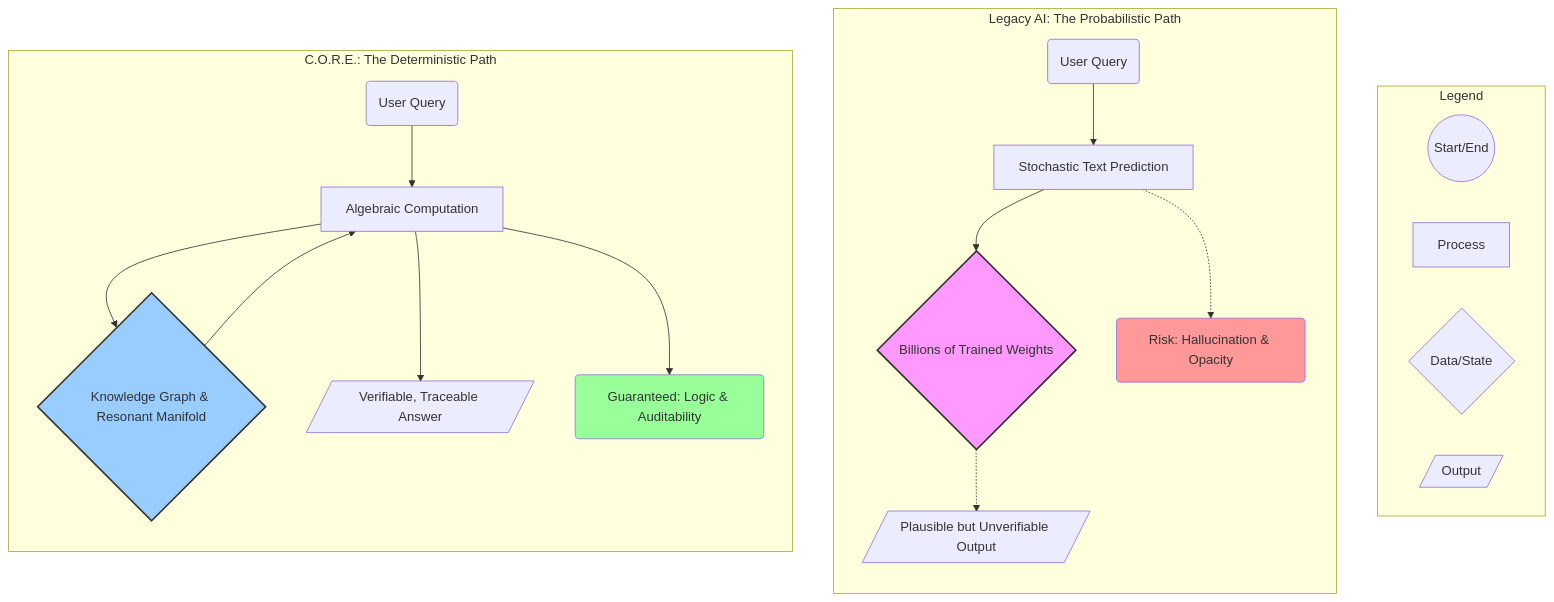
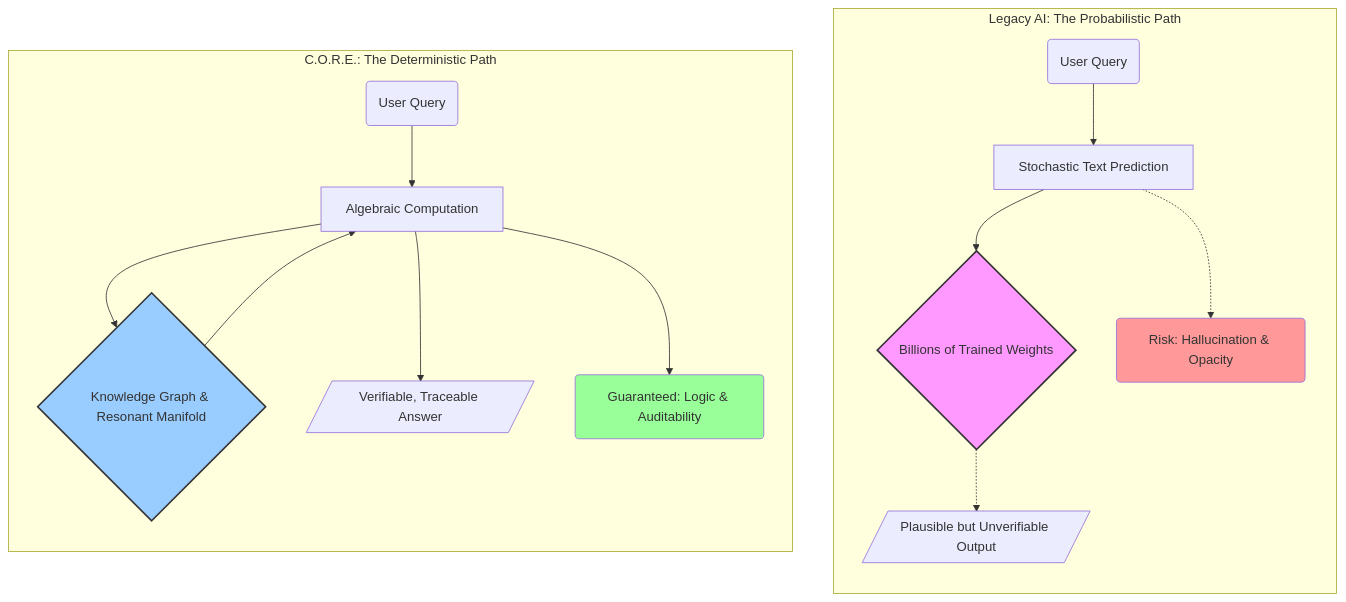
The diagram in README.md (Aethelred-dev/c.o.r.e), drawn with Mermaid before and after one commit. The commit also changed other lines of this file, not shown here.

````diff
--- a/README.md
+++ b/README.md
@@ -27,31 +27,23 @@
 ```mermaid
 graph TD
-    subgraph Legend
-        direction LR
-        A((Start/End))
-        B[Process]
-        C{Data/State}
-        D[/Output/]
-    end
-
-    subgraph Legacy AI: The Probabilistic Path
+    subgraph "Legacy AI: The Probabilistic Path"
         direction TD
-        A1(User Query) --> B1[Stochastic Text Prediction];
-        B1 --> C1{Billions of Trained Weights};
+        A1("User Query") --> B1["Stochastic Text Prediction"];
+        B1 --> C1{"Billions of Trained Weights"};
         style C1 fill:#f9f,stroke:#333,stroke-width:2px
-        C1 -.-> D1[/Plausible but Unverifiable Output/];
-        B1 -.-> Note1(Risk: Hallucination & Opacity);
+        C1 -.-> D1[/"Plausible but Unverifiable Output"/];
+        B1 -.-> Note1("Risk: Hallucination & Opacity");
         style Note1 fill:#ff9999
     end
 
-    subgraph C.O.R.E.: The Deterministic Path
+    subgraph "C.O.R.E.: The Deterministic Path"
         direction TD
-        A2(User Query) --> B2[Algebraic Computation];
-        B2 --> C2{Knowledge Graph & Resonant Manifold};
+        A2("User Query") --> B2["Algebraic Computation"];
+        B2 --> C2{"Knowledge Graph & Resonant Manifold"};
         style C2 fill:#99ccff,stroke:#333,stroke-width:2px
         C2 --> B2;
-        B2 --> D2[/Verifiable, Traceable Answer/];
-        B2 --> Note2(Guaranteed: Logic & Auditability);
+        B2 --> D2[/"Verifiable, Traceable Answer"/];
+        B2 --> Note2("Guaranteed: Logic & Auditability");
         style Note2 fill:#99ff99
     end
 ```
````
